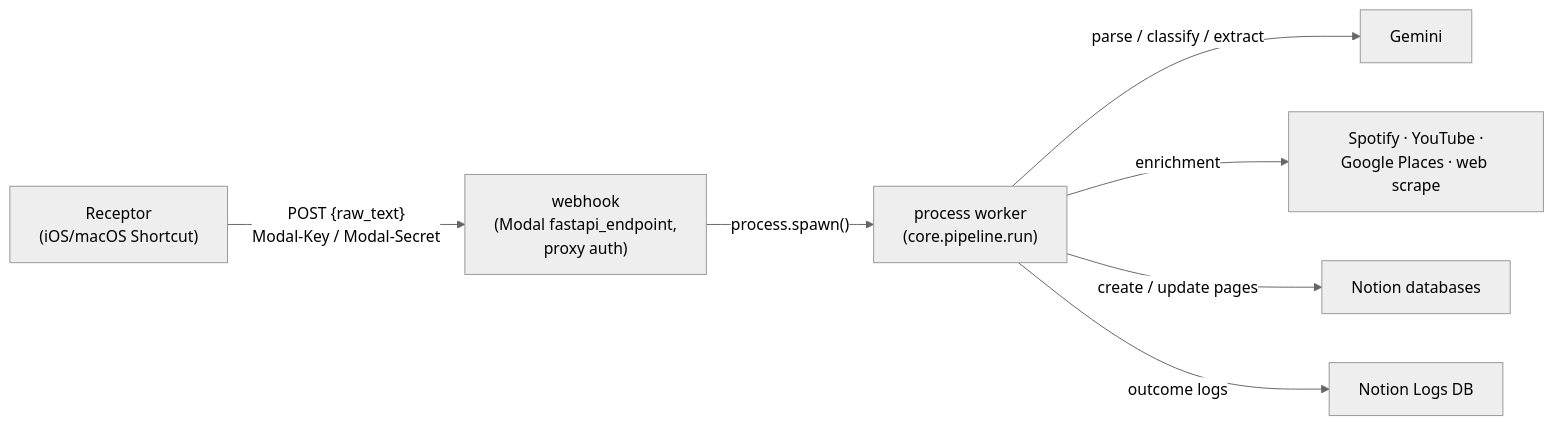
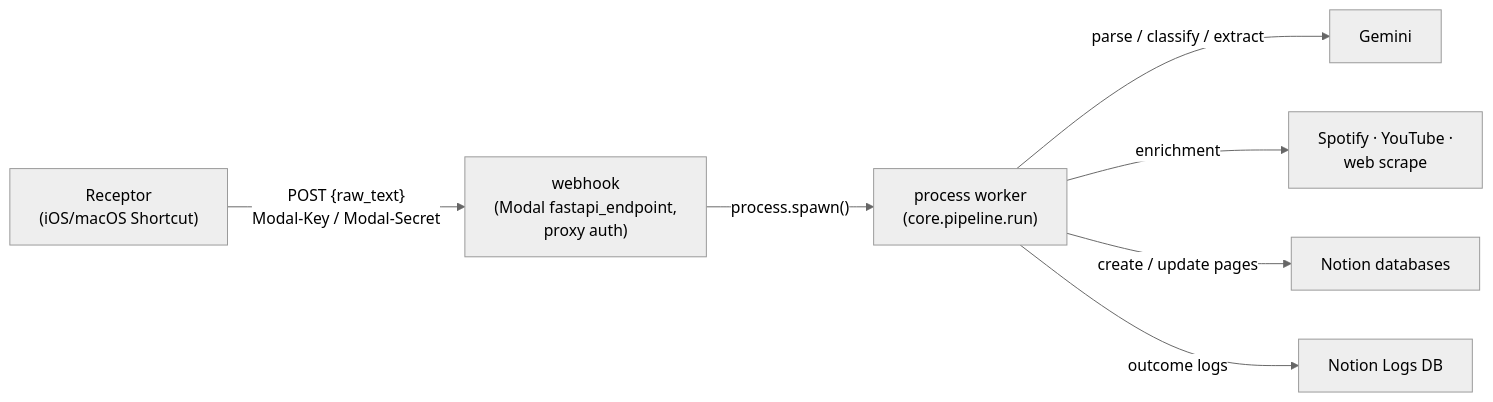
One commit to alexjmiller5/synapse changed the diagram in README.md. Above: the diagram before and after it, drawn with Mermaid (neutral theme). The commit also changed other lines of this file and 20 other files, not shown here.

````diff
--- a/README.md
+++ b/README.md
@@ -17,9 +17,9 @@
 ```mermaid
 flowchart LR
     R["Receptor<br/>(iOS/macOS Shortcut)"] -->|"POST {raw_text}<br/>Modal-Key / Modal-Secret"| W["webhook<br/>(Modal fastapi_endpoint,<br/>proxy auth)"]
     W -->|"process.spawn()"| P["process worker<br/>(core.pipeline.run)"]
     P -->|"parse / classify / extract"| G["Gemini"]
-    P -->|"enrichment"| X["Spotify · YouTube ·<br/>Google Places · web scrape"]
+    P -->|"enrichment"| X["Spotify · YouTube ·<br/>web scrape"]
     P -->|"create / update pages"| N["Notion databases"]
     P -->|"outcome logs"| L["Notion Logs DB"]
 ```
````
